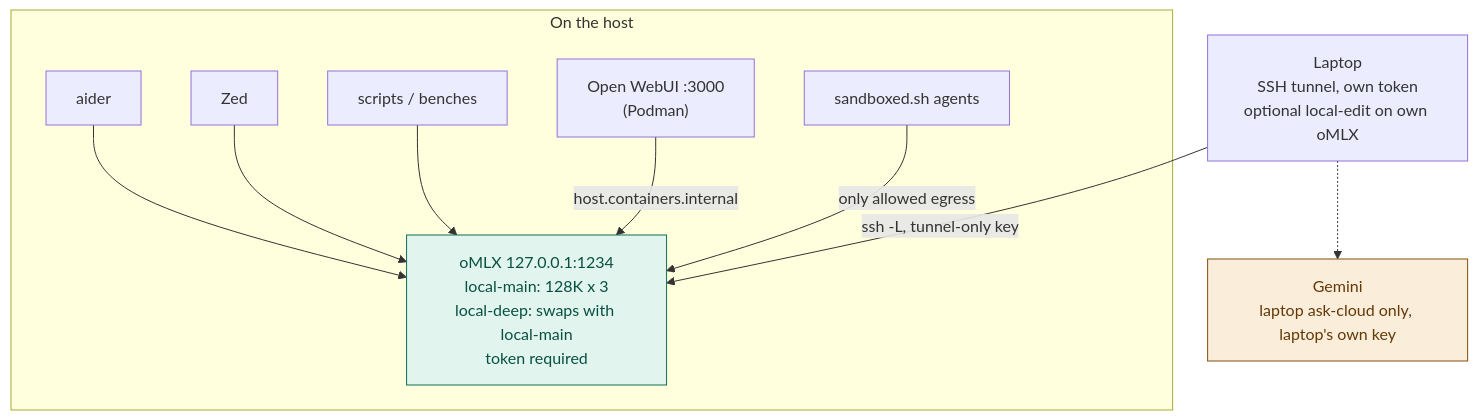
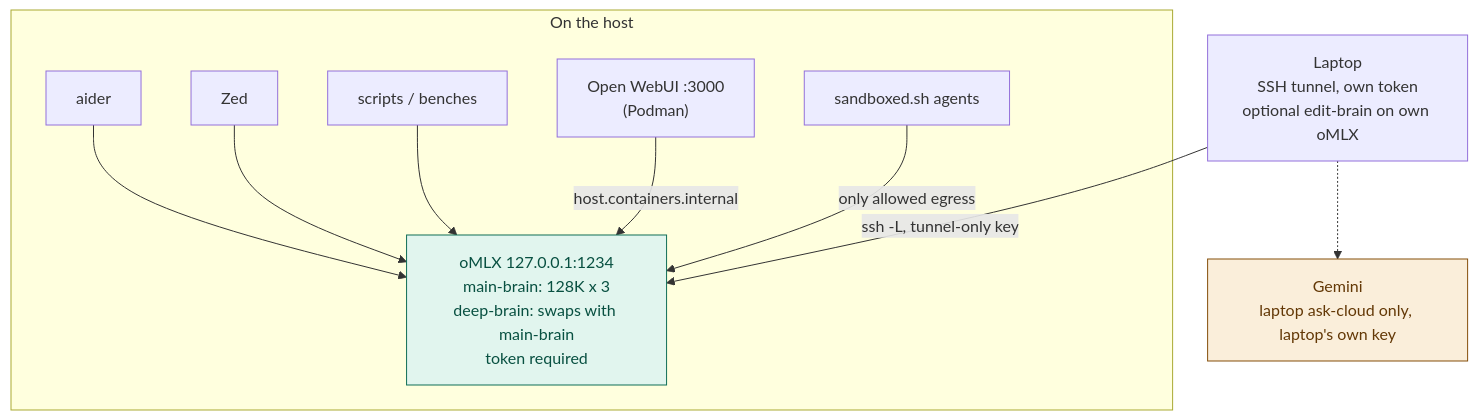
Before and after one commit to ouster/hearth: the diagram in docs/ARCHITECTURE.md, drawn with Mermaid. The commit also changed other lines of this file and 38 other files, not shown here.

First line of the commit message:
Rename roles to main-brain, deep-brain and edit-brain, and renumber the cloud ADR.

````diff
--- a/docs/ARCHITECTURE.md
+++ b/docs/ARCHITECTURE.md
@@ -10,27 +10,27 @@
 ```mermaid
 flowchart TB
     subgraph onHost["On the host"]
         aider["aider"]
         zed["Zed"]
         scripts["scripts / benches"]
         webui["Open WebUI :3000<br/>(Podman)"]
         sbx["sandboxed.sh agents"]
-        srv["oMLX 127.0.0.1:1234<br/>local-main: 128K x 3<br/>local-deep: swaps with local-main<br/>token required"]
+        srv["oMLX 127.0.0.1:1234<br/>main-brain: 128K x 3<br/>deep-brain: swaps with main-brain<br/>token required"]
     end
 
-    laptop["Laptop<br/>SSH tunnel, own token<br/>optional local-edit on own oMLX"]
+    laptop["Laptop<br/>SSH tunnel, own token<br/>optional edit-brain on own oMLX"]
     cloud["Gemini<br/>laptop ask-cloud only, laptop's own key"]
 
     aider --> srv
     zed --> srv
     scripts --> srv
     webui -->|"host.containers.internal"| srv
     sbx -->|"only allowed egress"| srv
     laptop -->|"ssh -L, tunnel-only key"| srv
     laptop -.-> cloud
 
     classDef localCls fill:#E1F5EE,stroke:#0F6E56,color:#085041
     classDef leaveCls fill:#FAEEDA,stroke:#854F0B,color:#633806
     class srv localCls
     class cloud leaveCls
 ```
````
